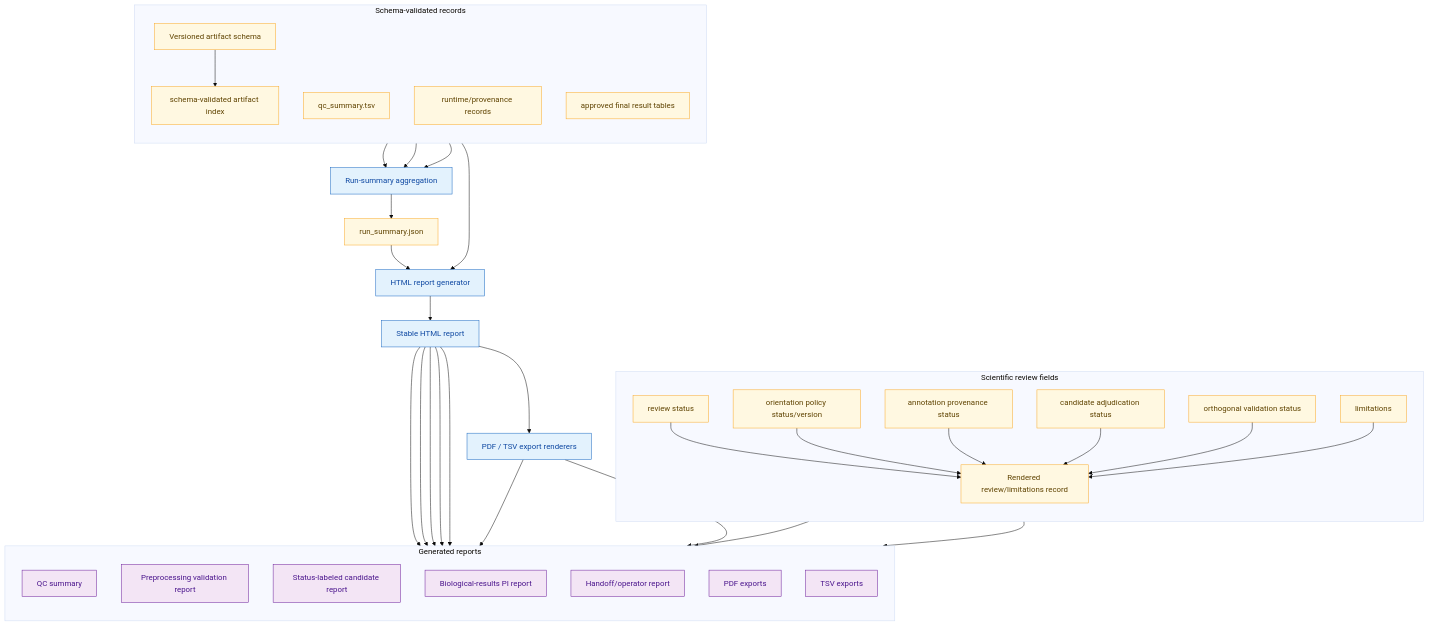
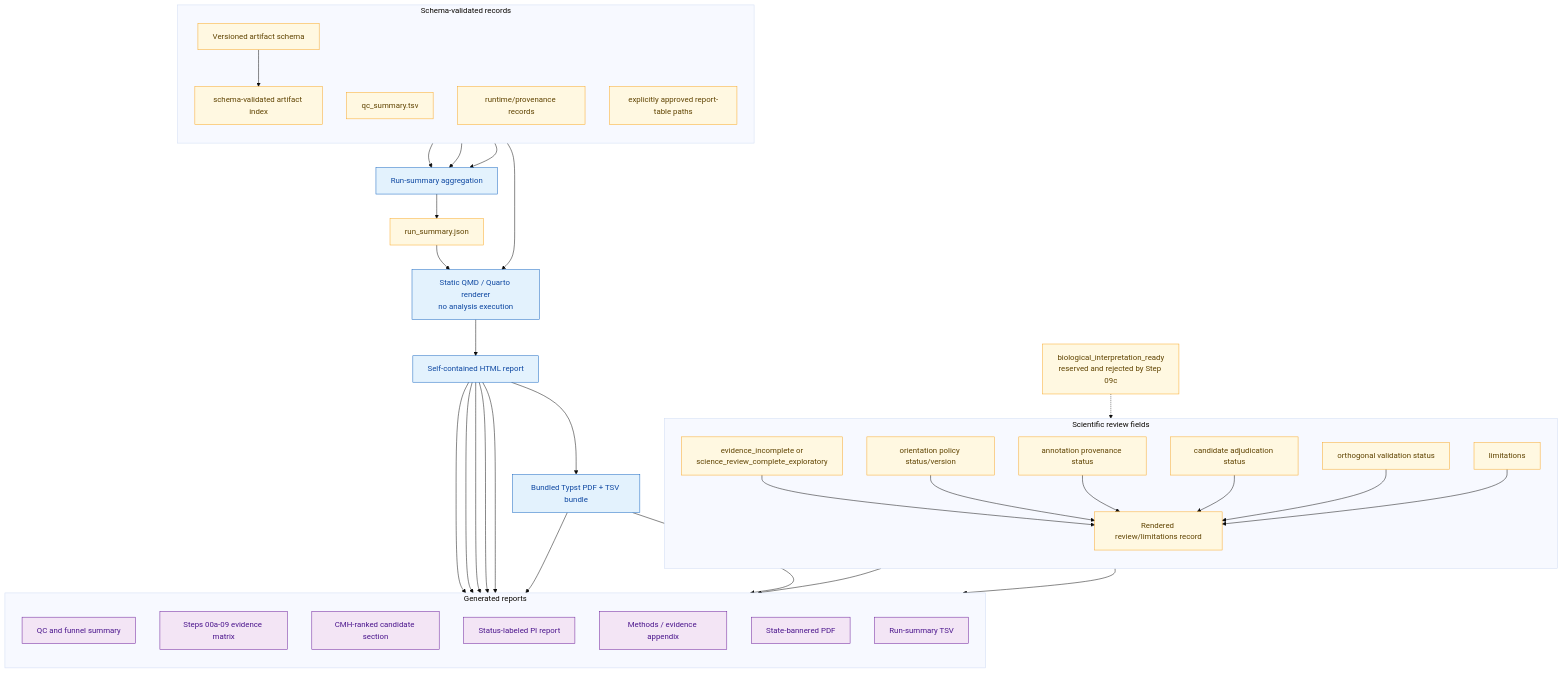
Before and after one commit to lab-cats/EMRYS: the diagram in docs/architecture/diagrams/future_reporting_layer.mmd, drawn with Mermaid (base theme). The commit also changed 18 other files, not shown here.

```diff
--- a/docs/architecture/diagrams/future_reporting_layer.mmd
+++ b/docs/architecture/diagrams/future_reporting_layer.mmd
@@ -1,70 +1,72 @@
 flowchart TD
     classDef future fill:#e3f2fd,stroke:#1565c0,color:#0d47a1
     classDef contract fill:#fff8e1,stroke:#f9a825,color:#5f4300
     classDef reporting fill:#f3e5f5,stroke:#6a1b9a,color:#4a148c
 
     subgraph inputs["Schema-validated records"]
         direction TB
         schema["Versioned artifact schema"]
         artifacts_tsv["schema-validated artifact index"]
         qc_summary["qc_summary.tsv"]
         provenance["runtime/provenance records"]
-        final_tables["approved final result tables"]
+        final_tables["explicitly approved report-table paths"]
     end
 
     aggregate["Run-summary aggregation"]
     run_summary["run_summary.json"]
-    generator["HTML report generator"]
-    html["Stable HTML report"]
-    exports["PDF / TSV export renderers"]
+    generator["Static QMD / Quarto renderer<br/>no analysis execution"]
+    html["Self-contained HTML report"]
+    exports["Bundled Typst PDF + TSV bundle"]
 
     subgraph review["Scientific review fields"]
         direction TB
-        review_status["review status"]
+        review_status["evidence_incomplete or<br/>science_review_complete_exploratory"]
         orientation_status["orientation policy status/version"]
         annotation_status["annotation provenance status"]
         adjudication_status["candidate adjudication status"]
         orthogonal_status["orthogonal validation status"]
         limitations["limitations"]
         review_record["Rendered review/limitations record"]
     end
 
     subgraph outputs["Generated reports"]
         direction TB
-        qc_report["QC summary"]
-        validation_report["Preprocessing validation report"]
-        candidate_report["Status-labeled candidate report"]
-        pi_report["Biological-results PI report"]
-        handoff_report["Handoff/operator report"]
-        pdf_output["PDF exports"]
-        tsv_output["TSV exports"]
+        qc_report["QC and funnel summary"]
+        validation_report["Steps 00a-09 evidence matrix"]
+        candidate_report["CMH-ranked candidate section"]
+        pi_report["Status-labeled PI report"]
+        handoff_report["Methods / evidence appendix"]
+        pdf_output["State-bannered PDF"]
+        tsv_output["Run-summary TSV"]
     end
 
     schema --> artifacts_tsv
     artifacts_tsv --> aggregate
     qc_summary --> aggregate
     provenance --> aggregate
     aggregate --> run_summary
     run_summary --> generator
     final_tables --> generator
     generator --> html
     html --> qc_report
     html --> validation_report
     html --> handoff_report
     html --> candidate_report
     html --> pi_report
     html --> exports
     exports --> pdf_output
     exports --> tsv_output
     review_status --> review_record
     orientation_status --> review_record
     annotation_status --> review_record
     adjudication_status --> review_record
     orthogonal_status --> review_record
     limitations --> review_record
     review_record --> candidate_report
     review_record --> pi_report
+    readylock["biological_interpretation_ready<br/>reserved and rejected by Step 09c"]
+    readylock -.-> review_status
 
-    class schema,run_summary,artifacts_tsv,qc_summary,provenance,final_tables,review_status,orientation_status,annotation_status,adjudication_status,orthogonal_status,limitations,review_record contract
+    class schema,run_summary,artifacts_tsv,qc_summary,provenance,final_tables,review_status,orientation_status,annotation_status,adjudication_status,orthogonal_status,limitations,review_record,readylock contract
     class aggregate,generator,html,exports future
     class qc_report,validation_report,candidate_report,pi_report,handoff_report,pdf_output,tsv_output reporting
```
